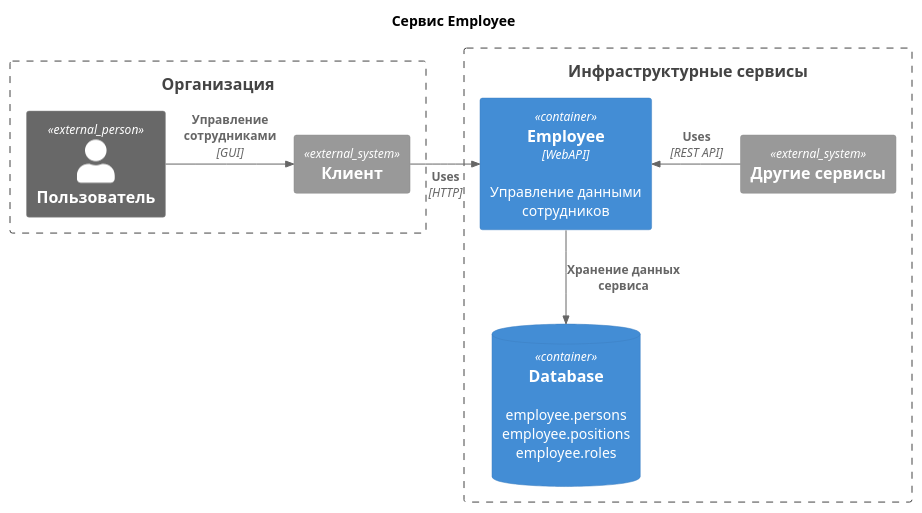
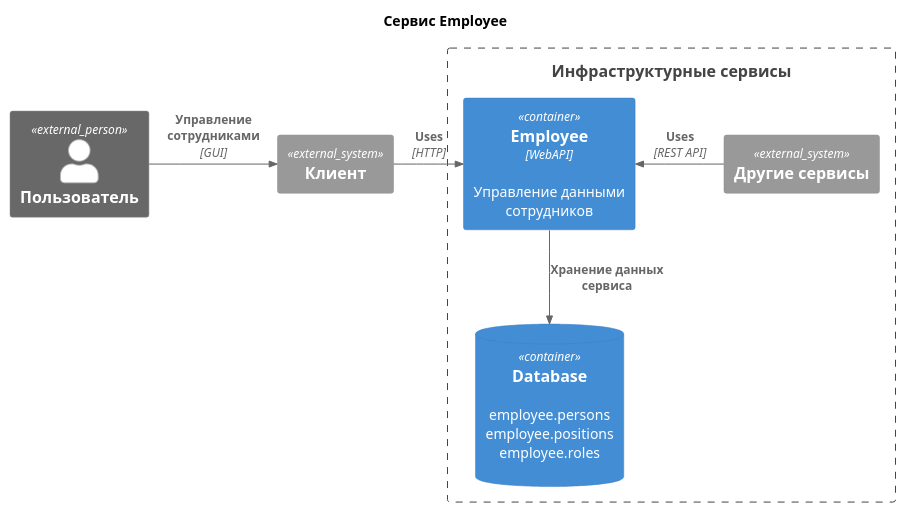
The diagram in docs/diagrams/src/employee-c2.puml (andwr/employee-service), drawn with PlantUML before and after one commit.

```diff
--- a/docs/diagrams/src/employee-c2.puml
+++ b/docs/diagrams/src/employee-c2.puml
@@ -1,21 +1,20 @@
 @startuml
 !include <c4/C4_Container.puml>
 
 title Сервис Employee
 
-Boundary(org,"Организация") {
-    Person_Ext(person, "Пользователь")
-    System_Ext(client, "Клиент")
-    }
+Person_Ext(person, "Пользователь")
+System_Ext(client, "Клиент")
+
 Boundary(infra,"Инфраструктурные сервисы") {
     Container(employee, "Employee",WebAPI,"Управление данными сотрудников")
     ContainerDb(db,"Database",,employee.persons\nemployee.positions\nemployee.roles\n)
     System_Ext(misc,"Другие сервисы")
     }
 
 Rel_R(person,client,"Управление сотрудниками",GUI)
 Rel_R(client,employee,"Uses", HTTP)
 Rel_L(misc,employee,"Uses",REST API)
 Rel(employee,db,"Хранение данных сервиса")
 
 @enduml
```
